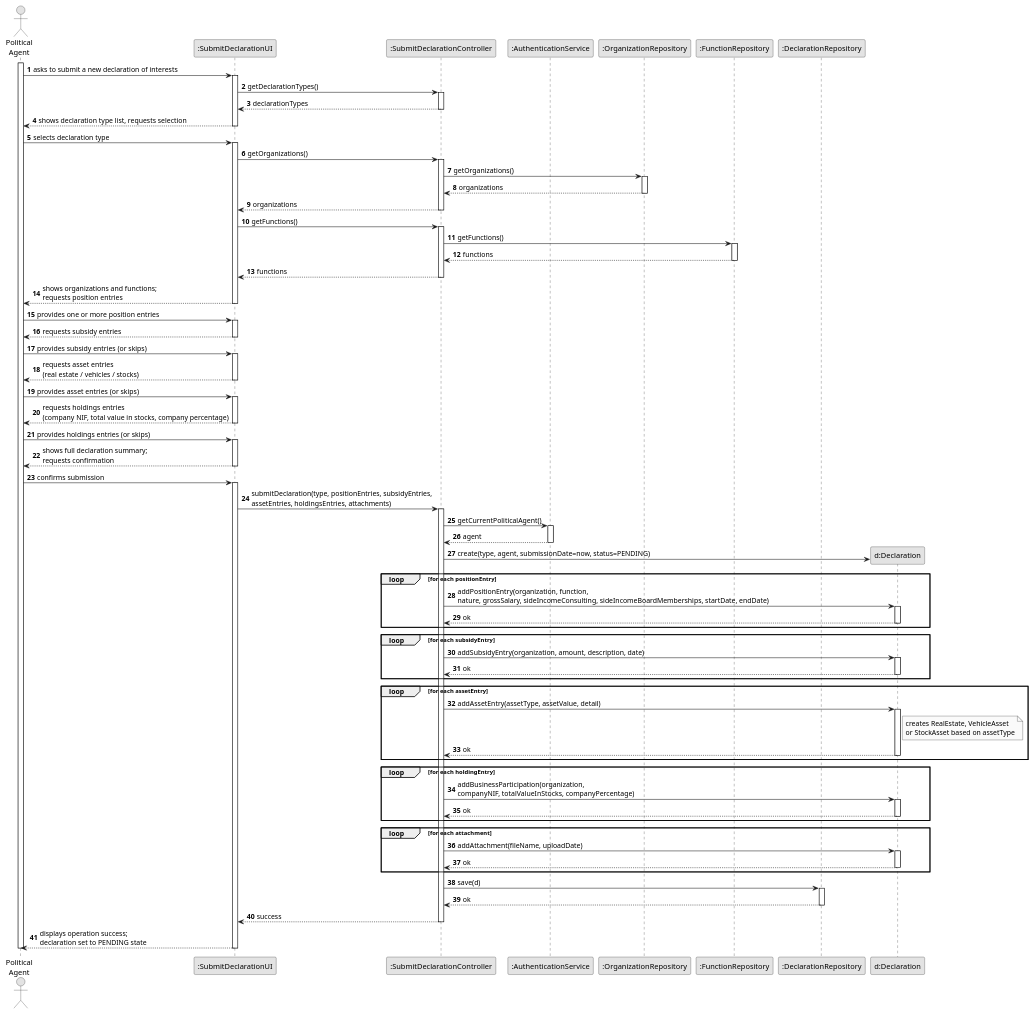
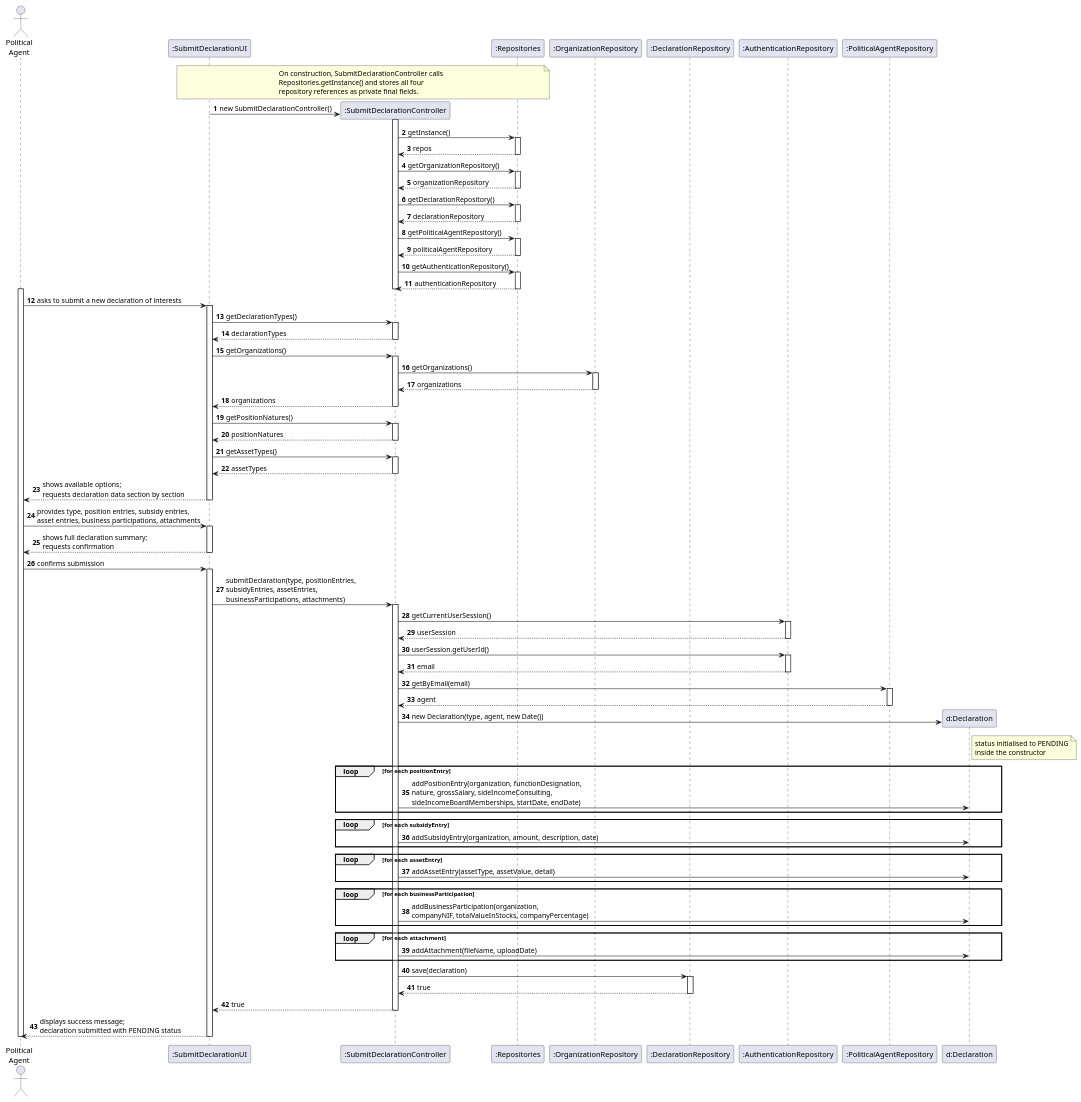
One commit to brunodspinto/crystal-clear-platform changed the diagram in docs/system-documentation/US06/03.design/puml/US06-SD.puml. Above: the diagram before and after it, drawn with PlantUML. The commit also changed 1 other file, not shown here.

```diff
--- a/docs/system-documentation/US06/03.design/puml/US06-SD.puml
+++ b/docs/system-documentation/US06/03.design/puml/US06-SD.puml
@@ -1,143 +1,144 @@
 @startuml US06-SD
-skinparam monochrome true
 skinparam packageStyle rectangle
 skinparam shadowing false
 
 autonumber
 
 actor "Political\nAgent" as Agent
 participant ":SubmitDeclarationUI" as UI
 participant ":SubmitDeclarationController" as CTRL
-participant ":AuthenticationService" as AUTH
+participant ":Repositories" as REPOS
 participant ":OrganizationRepository" as ORGR
-participant ":FunctionRepository" as FUNCR
 participant ":DeclarationRepository" as DR
+participant ":AuthenticationRepository" as AUTHR
+participant ":PoliticalAgentRepository" as PAGR
 participant "d:Declaration" as DEC
+
+note over UI, REPOS
+  On construction, SubmitDeclarationController calls
+  Repositories.getInstance() and stores all four
+  repository references as private final fields.
+end note
+
+UI -> CTRL ** : new SubmitDeclarationController()
+activate CTRL
+    CTRL -> REPOS : getInstance()
+    activate REPOS
+        REPOS --> CTRL : repos
+    deactivate REPOS
+    CTRL -> REPOS : getOrganizationRepository()
+    activate REPOS
+        REPOS --> CTRL : organizationRepository
+    deactivate REPOS
+    CTRL -> REPOS : getDeclarationRepository()
+    activate REPOS
+        REPOS --> CTRL : declarationRepository
+    deactivate REPOS
+    CTRL -> REPOS : getPoliticalAgentRepository()
+    activate REPOS
+        REPOS --> CTRL : politicalAgentRepository
+    deactivate REPOS
+    CTRL -> REPOS : getAuthenticationRepository()
+    activate REPOS
+        REPOS --> CTRL : authenticationRepository
+    deactivate REPOS
+deactivate CTRL
 
 activate Agent
 
     Agent -> UI : asks to submit a new declaration of interests
     activate UI
 
         UI -> CTRL : getDeclarationTypes()
         activate CTRL
             CTRL --> UI : declarationTypes
         deactivate CTRL
 
-        UI --> Agent : shows declaration type list, requests selection
-    deactivate UI
-
-    Agent -> UI : selects declaration type
-    activate UI
-
         UI -> CTRL : getOrganizations()
         activate CTRL
-
             CTRL -> ORGR : getOrganizations()
             activate ORGR
                 ORGR --> CTRL : organizations
             deactivate ORGR
-
             CTRL --> UI : organizations
         deactivate CTRL
 
-        UI -> CTRL : getFunctions()
+        UI -> CTRL : getPositionNatures()
         activate CTRL
-
-            CTRL -> FUNCR : getFunctions()
-            activate FUNCR
-                FUNCR --> CTRL : functions
-            deactivate FUNCR
-
-            CTRL --> UI : functions
+            CTRL --> UI : positionNatures
         deactivate CTRL
 
-        UI --> Agent : shows organizations and functions;\nrequests position entries
+        UI -> CTRL : getAssetTypes()
+        activate CTRL
+            CTRL --> UI : assetTypes
+        deactivate CTRL
+
+        UI --> Agent : shows available options;\nrequests declaration data section by section
     deactivate UI
 
-    Agent -> UI : provides one or more position entries
-    activate UI
-        UI --> Agent : requests subsidy entries
-    deactivate UI
-
-    Agent -> UI : provides subsidy entries (or skips)
-    activate UI
-        UI --> Agent : requests asset entries\n(real estate / vehicles / stocks)
-    deactivate UI
-
-    Agent -> UI : provides asset entries (or skips)
-    activate UI
-        UI --> Agent : requests holdings entries\n(company NIF, total value in stocks, company percentage)
-    deactivate UI
-
-    Agent -> UI : provides holdings entries (or skips)
+    Agent -> UI : provides type, position entries, subsidy entries,\nasset entries, business participations, attachments
     activate UI
         UI --> Agent : shows full declaration summary;\nrequests confirmation
     deactivate UI
 
     Agent -> UI : confirms submission
     activate UI
 
-        UI -> CTRL : submitDeclaration(type, positionEntries, subsidyEntries,\nassetEntries, holdingsEntries, attachments)
+        UI -> CTRL : submitDeclaration(type, positionEntries,\nsubsidyEntries, assetEntries,\nbusinessParticipations, attachments)
         activate CTRL
 
-            CTRL -> AUTH : getCurrentPoliticalAgent()
-            activate AUTH
-                AUTH --> CTRL : agent
-            deactivate AUTH
+            CTRL -> AUTHR : getCurrentUserSession()
+            activate AUTHR
+                AUTHR --> CTRL : userSession
+            deactivate AUTHR
 
-            CTRL -> DEC ** : create(type, agent, submissionDate=now, status=PENDING)
+            CTRL -> AUTHR : userSession.getUserId()
+            activate AUTHR
+                AUTHR --> CTRL : email
+            deactivate AUTHR
+
+            CTRL -> PAGR : getByEmail(email)
+            activate PAGR
+                PAGR --> CTRL : agent
+            deactivate PAGR
+
+            CTRL -> DEC ** : new Declaration(type, agent, new Date())
+            note right of DEC
+                status initialised to PENDING
+                inside the constructor
+            end note
 
             loop for each positionEntry
-                CTRL -> DEC : addPositionEntry(organization, function,\nnature, grossSalary, sideIncomeConsulting, sideIncomeBoardMemberships, startDate, endDate)
-                activate DEC
-                    DEC --> CTRL : ok
-                deactivate DEC
+                CTRL -> DEC : addPositionEntry(organization, functionDesignation,\nnature, grossSalary, sideIncomeConsulting,\nsideIncomeBoardMemberships, startDate, endDate)
             end
 
             loop for each subsidyEntry
                 CTRL -> DEC : addSubsidyEntry(organization, amount, description, date)
-                activate DEC
-                    DEC --> CTRL : ok
-                deactivate DEC
             end
 
             loop for each assetEntry
                 CTRL -> DEC : addAssetEntry(assetType, assetValue, detail)
-                activate DEC
-                    note right of DEC
-                        creates RealEstate, VehicleAsset
-                        or StockAsset based on assetType
-                    end note
-                    DEC --> CTRL : ok
-                deactivate DEC
             end
 
-            loop for each holdingEntry
+            loop for each businessParticipation
                 CTRL -> DEC : addBusinessParticipation(organization,\ncompanyNIF, totalValueInStocks, companyPercentage)
-                activate DEC
-                    DEC --> CTRL : ok
-                deactivate DEC
             end
 
             loop for each attachment
                 CTRL -> DEC : addAttachment(fileName, uploadDate)
-                activate DEC
-                    DEC --> CTRL : ok
-                deactivate DEC
             end
 
-            CTRL -> DR : save(d)
+            CTRL -> DR : save(declaration)
             activate DR
-                DR --> CTRL : ok
+                DR --> CTRL : true
             deactivate DR
 
-            CTRL --> UI : success
+            CTRL --> UI : true
         deactivate CTRL
 
-        UI --> Agent : displays operation success;\ndeclaration set to PENDING state
+        UI --> Agent : displays success message;\ndeclaration submitted with PENDING status
     deactivate UI
 
 deactivate Agent
 
 @enduml
```
